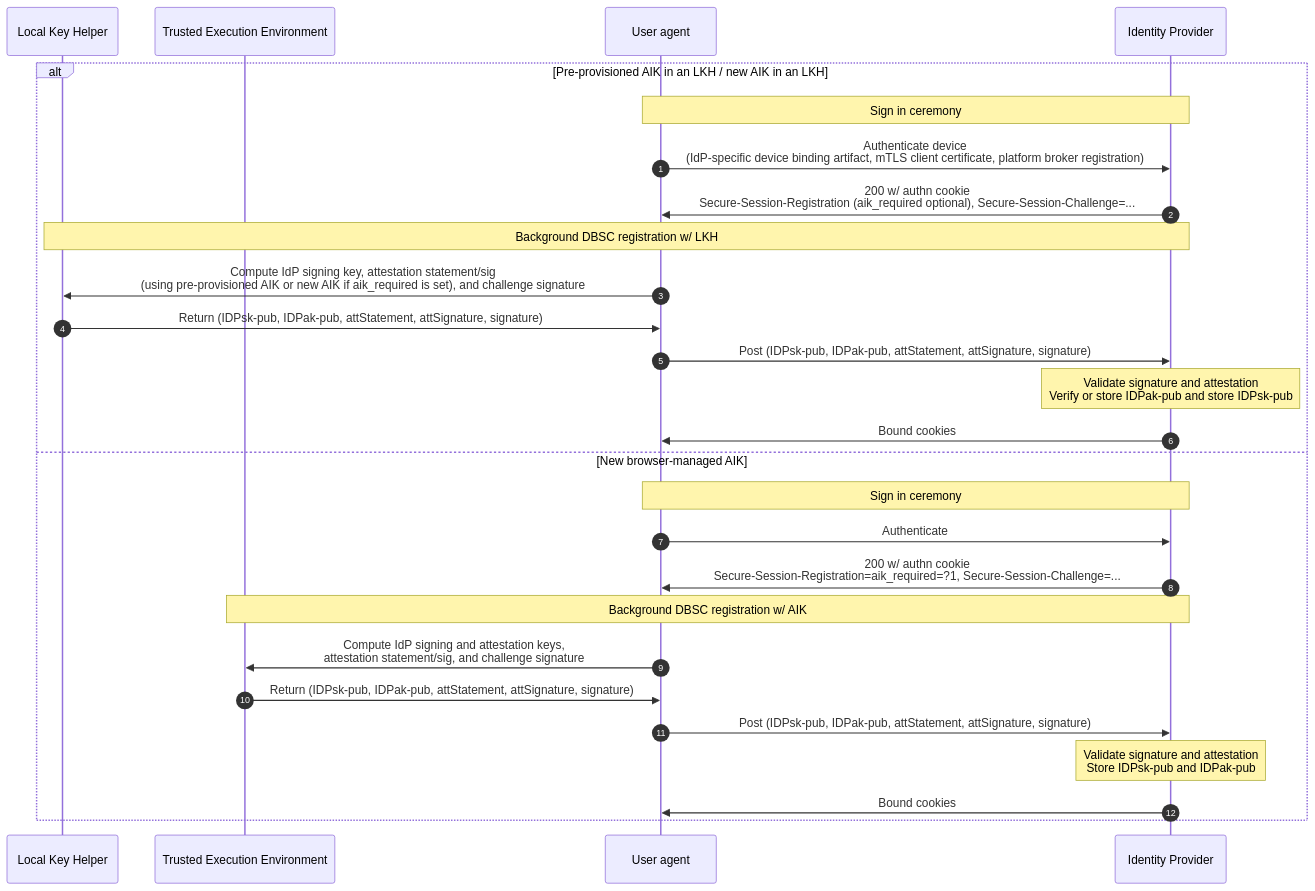
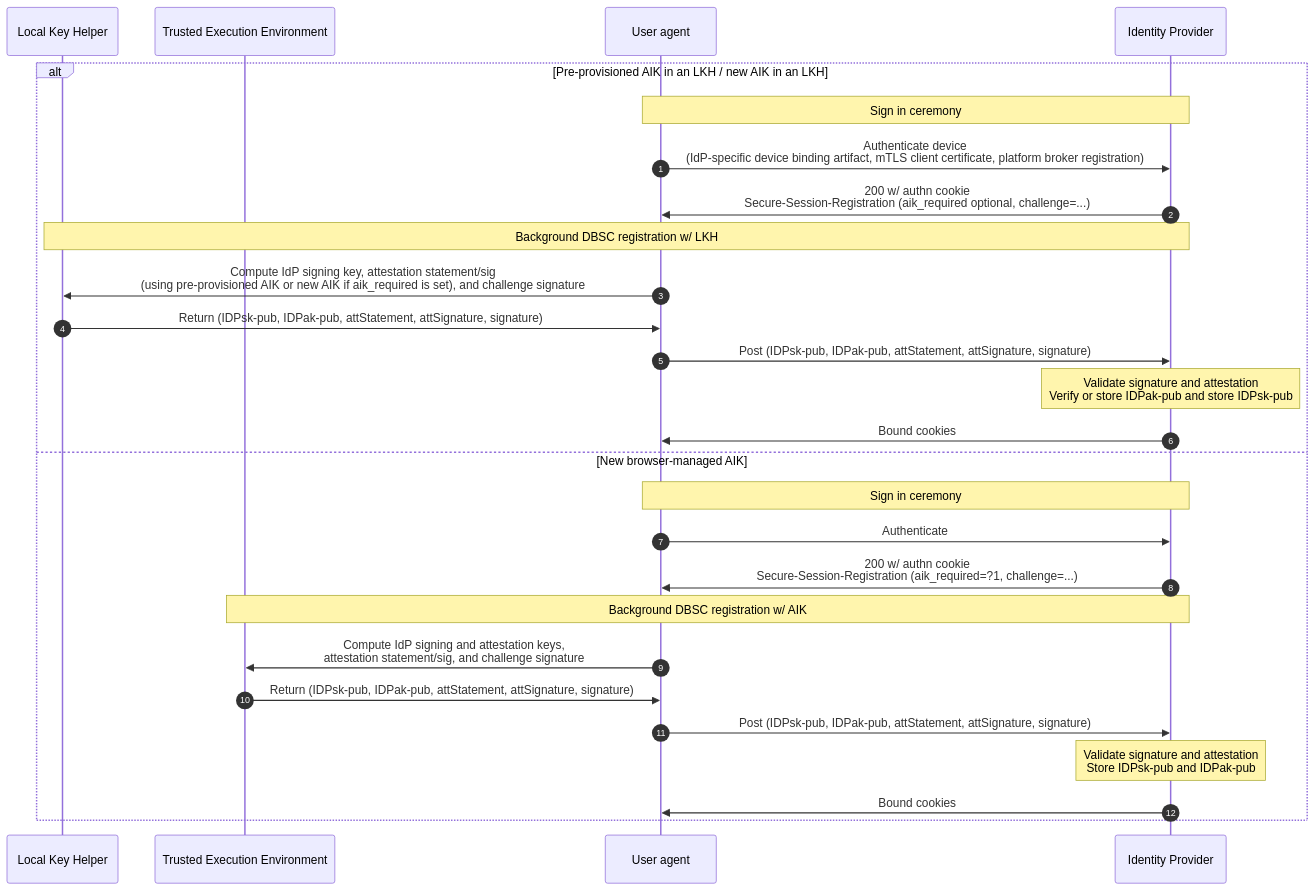
Before and after one commit to lucasrsant/dbsc-sso: the third of 4 diagrams in README.md, drawn with Mermaid. The commit also changed other lines of this file, not shown here.

Commit message:
Fix `Secure-Session-Registration` header in mermaid diagrams.

````diff
--- a/README.md
+++ b/README.md
@@ -247,31 +247,31 @@
 ```mermaid
 sequenceDiagram
 	autonumber
 	
 	participant l as Local Key Helper
 	participant t as Trusted Execution Environment
 	participant u as User agent
 	participant i as Identity Provider
 	
 	alt Pre-provisioned AIK in an LKH / new AIK in an LKH
 		note over u, i: Sign in ceremony
 		u->>i: Authenticate device<br>(IdP-specific device binding artifact, mTLS client certificate, platform broker registration)
-		i->>u: 200 w/ authn cookie<br>Secure-Session-Registration (aik_required optional), Secure-Session-Challenge=...
+		i->>u: 200 w/ authn cookie<br>Secure-Session-Registration (aik_required optional, challenge=...)
 		note over i, l: Background DBSC registration w/ LKH
 		u->>l: Compute IdP signing key, attestation statement/sig<br>(using pre-provisioned AIK or new AIK if aik_required is set), and challenge signature
 		l->>u: Return (IDPsk-pub, IDPak-pub, attStatement, attSignature, signature)
 		u->>i: Post (IDPsk-pub, IDPak-pub, attStatement, attSignature, signature)
 		note over i: Validate signature and attestation<br>Verify or store IDPak-pub and store IDPsk-pub
 		i->>u: Bound cookies
 	else New browser-managed AIK
 		note over u, i: Sign in ceremony
 		u->>i: Authenticate
-		i->>u: 200 w/ authn cookie<br>Secure-Session-Registration=aik_required=?1, Secure-Session-Challenge=...
+		i->>u: 200 w/ authn cookie<br>Secure-Session-Registration (aik_required=?1, challenge=...)
 		note over i, t: Background DBSC registration w/ AIK
 		u->>t: Compute IdP signing and attestation keys,<br>attestation statement/sig, and challenge signature
 		t->>u: Return (IDPsk-pub, IDPak-pub, attStatement, attSignature, signature)
 		u->>i: Post (IDPsk-pub, IDPak-pub, attStatement, attSignature, signature)
 		note over i: Validate signature and attestation<br>Store IDPsk-pub and IDPak-pub
 		i->>u: Bound cookies
 	end
 ```
````
